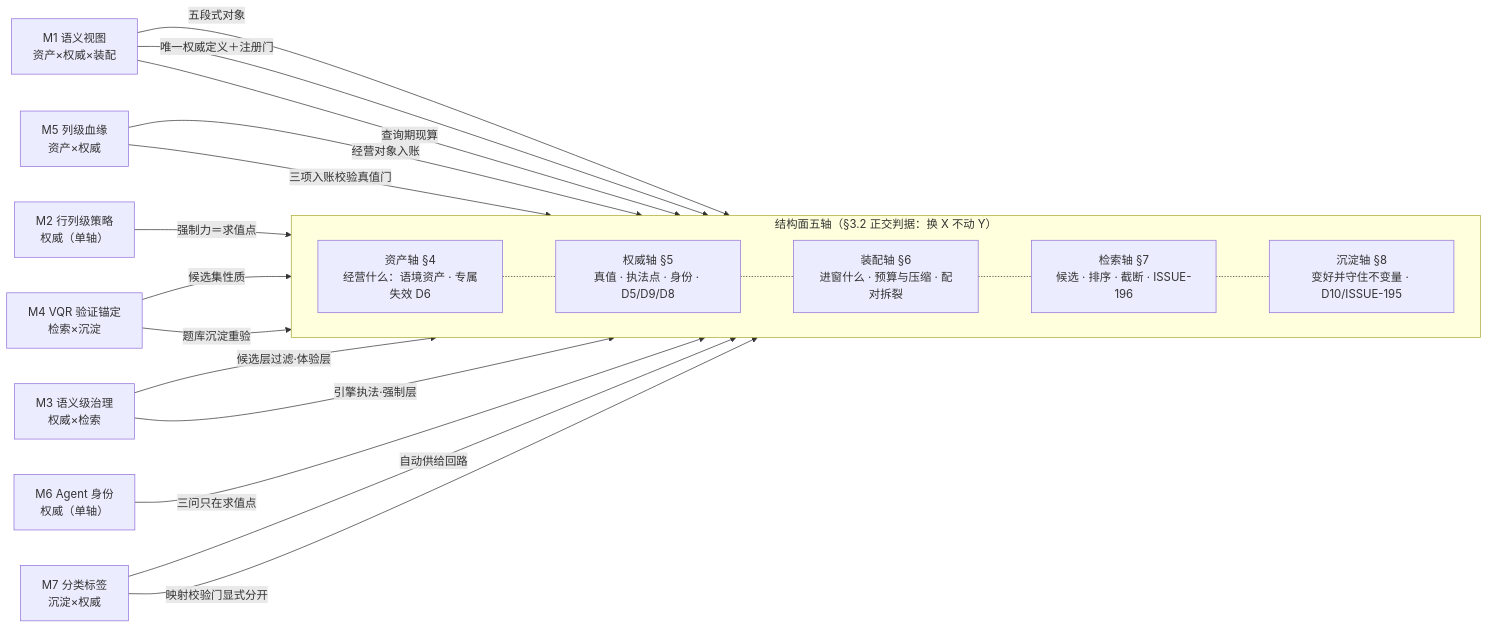
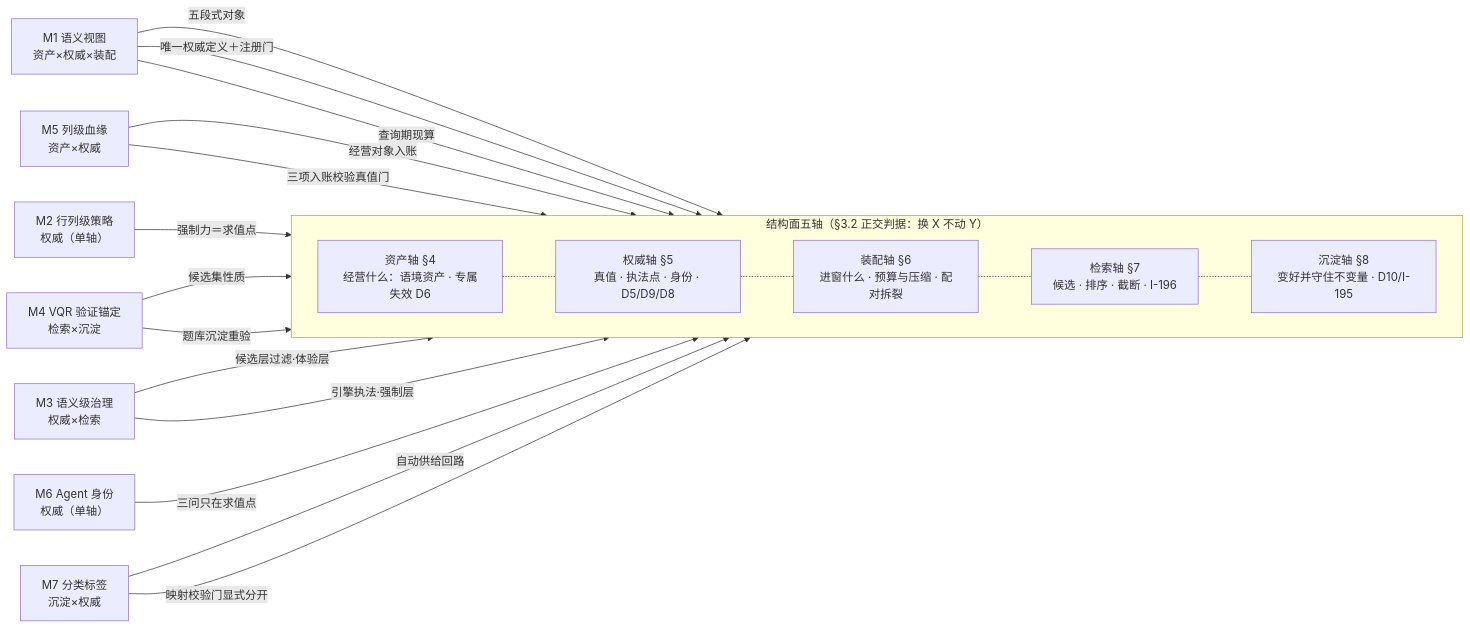
Before and after one commit to ThreeFish-AI/negentropy: the diagram in docs/assets/mermaid/cognitive-context/context-layer-blueprint--layer-mechanism-map.mmd, drawn with Mermaid. The commit also changed 297 other files, not shown here.

```diff
--- a/docs/assets/mermaid/cognitive-context/context-layer-blueprint--layer-mechanism-map.mmd
+++ b/docs/assets/mermaid/cognitive-context/context-layer-blueprint--layer-mechanism-map.mmd
@@ -1,37 +1,37 @@
 %%source: docs/research/cognitive-context/013-context-layer-blueprint.md §3.3 机制＝多轴组合（M1–M7 轴向量矩阵：五轴为列、机制跨轴组合）
 %%slug: cognitive-context/context-layer-blueprint--layer-mechanism-map
 %%type: architecture
 %%derived: archify architecture v2, authored fresh（v1 五层×机制-实例对退役；新构型＝结构面五轴主链＋M1–M7 按轴向量跨轴组合，M2/M6 单轴全落权威，无全轴机制、无落不进轴的机制）
 flowchart LR
     subgraph SPINE["结构面五轴（§3.2 正交判据：换 X 不动 Y）"]
         direction LR
         A1["资产轴 §4<br/>经营什么：语境资产 · 专属失效 D6"]
         A2["权威轴 §5<br/>真值 · 执法点 · 身份 · D5/D9/D8"]
         A3["装配轴 §6<br/>进窗什么 · 预算与压缩 · 配对拆裂"]
-        A4["检索轴 §7<br/>候选 · 排序 · 截断 · ISSUE-196"]
-        A5["沉淀轴 §8<br/>变好并守住不变量 · D10/ISSUE-195"]
+        A4["检索轴 §7<br/>候选 · 排序 · 截断 · I-196"]
+        A5["沉淀轴 §8<br/>变好并守住不变量 · D10/I-195"]
     end
     M1["M1 语义视图<br/>资产×权威×装配"]
     M5["M5 列级血缘<br/>资产×权威"]
     M2["M2 行列级策略<br/>权威（单轴）"]
     M4["M4 VQR 验证锚定<br/>检索×沉淀"]
     M3["M3 语义级治理<br/>权威×检索"]
     M6["M6 Agent 身份<br/>权威（单轴）"]
     M7["M7 分类标签<br/>沉淀×权威"]
     A1 -.- A2
     A2 -.- A3
     A3 -.- A4
     A4 -.- A5
     M1 -->|五段式对象| A1
     M1 -->|唯一权威定义＋注册门| A2
     M1 -->|查询期现算| A3
     M5 -->|经营对象入账| A1
     M5 -->|三项入账校验真值门| A2
     M2 -->|强制力＝求值点| A2
     M4 -->|候选集性质| A4
     M4 -->|题库沉淀重验| A5
     M3 -->|候选层过滤·体验层| A4
     M3 -->|引擎执法·强制层| A2
     M6 -->|三问只在求值点| A2
     M7 -->|自动供给回路| A5
     M7 -->|映射校验门显式分开| A2
```
